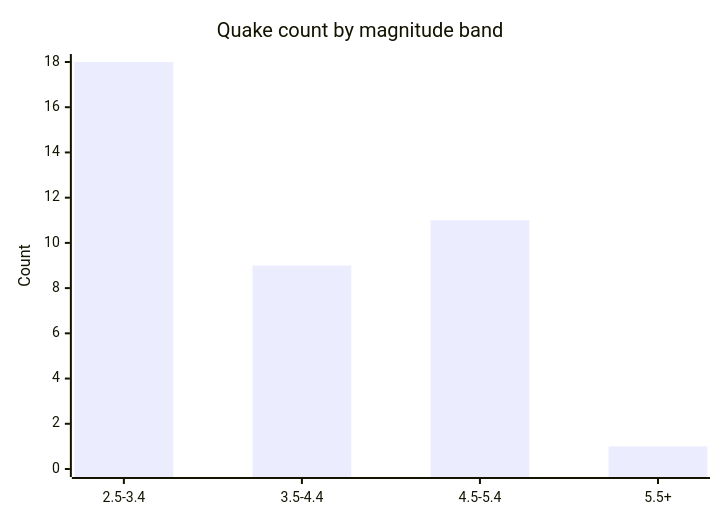
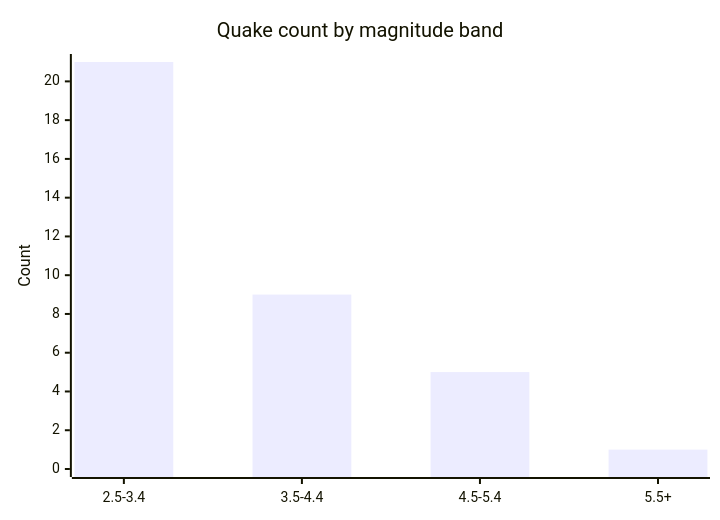
One commit to Midwest-Stratospheric/aerostratospheric-defense-gir changed the fifth of 6 diagrams in docs/GRAPHS.md. Above: the diagram before and after it, drawn with Mermaid. The commit also changed other lines of this file and 23 other files, not shown here.

````diff
--- a/docs/GRAPHS.md
+++ b/docs/GRAPHS.md
@@ -82,7 +82,7 @@
 ```mermaid
 xychart-beta
   title "Quake count by magnitude band"
   x-axis ["2.5-3.4", "3.5-4.4", "4.5-5.4", "5.5+"]
-  y-axis "Count" 0 --> 18
-  bar [18, 9, 11, 1]
+  y-axis "Count" 0 --> 21
+  bar [21, 9, 5, 1]
 ```
````
